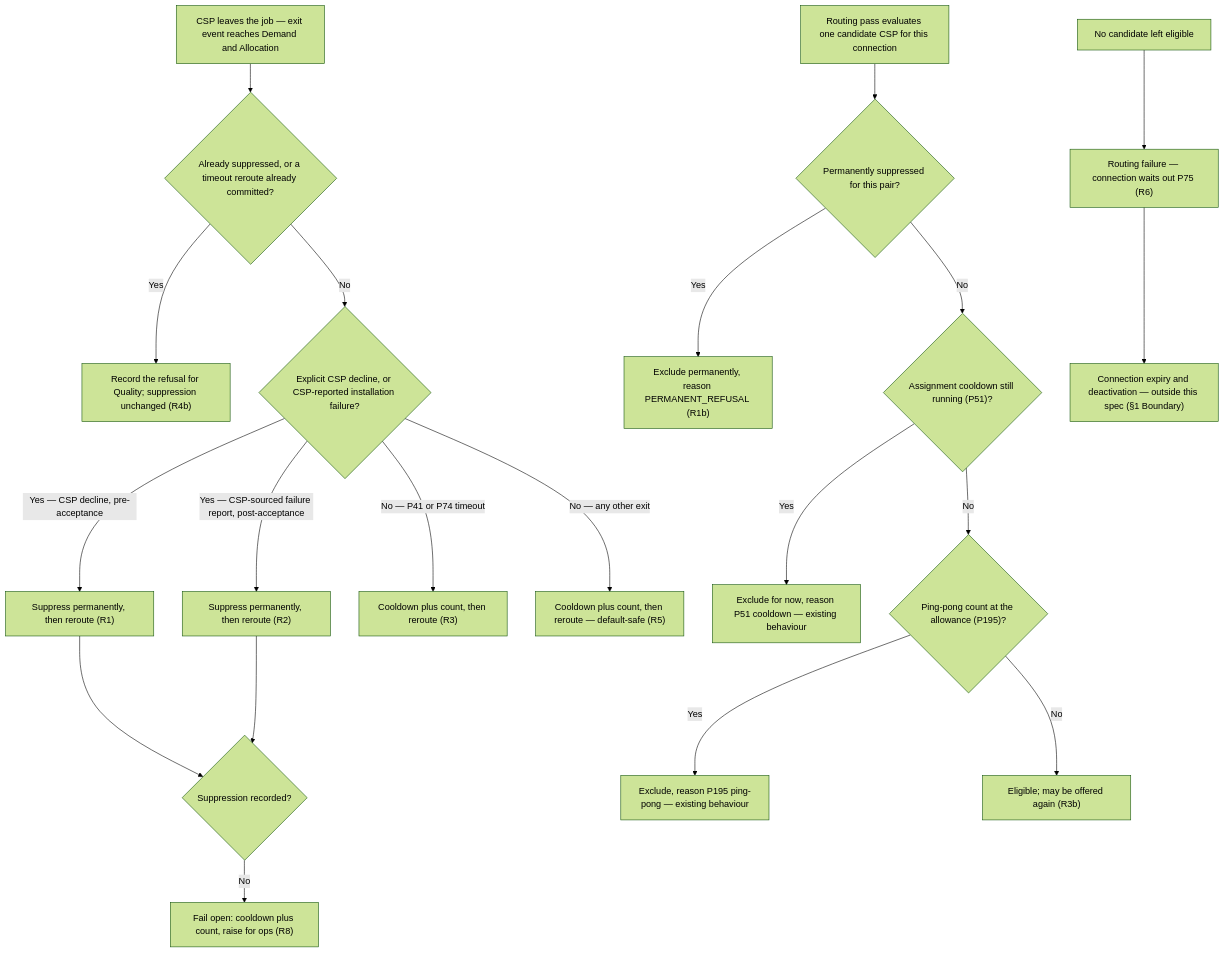
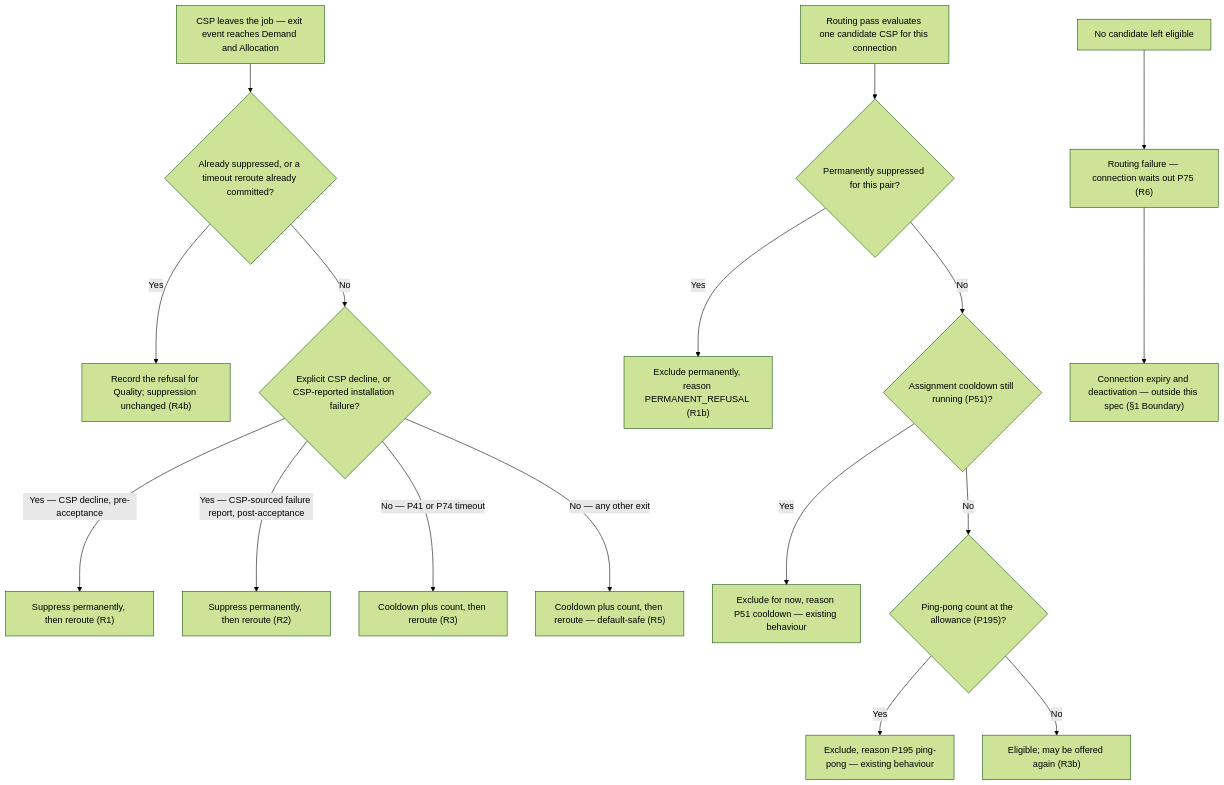
Before and after one commit to ashish-raj-wiom/decline-retrigger-spec: the diagram in Decline_Retrigger_Suppression_PRD.md, drawn with Mermaid (forest theme). The commit also changed other lines of this file and 1 other file, not shown here.

````diff
--- a/Decline_Retrigger_Suppression_PRD.md
+++ b/Decline_Retrigger_Suppression_PRD.md
@@ -92,24 +91,21 @@
 ```mermaid
 flowchart TD
     A["CSP leaves the job — exit event reaches Demand and Allocation"] --> A2{"Already suppressed, or a timeout reroute already committed?"}
     A2 -- "Yes" --> A3["Record the refusal for Quality; suppression unchanged (R4b)"]
     A2 -- "No" --> B{"Explicit CSP decline, or CSP-reported installation failure?"}
     B -- "Yes — CSP decline, pre-acceptance" --> C["Suppress permanently, then reroute (R1)"]
     B -- "Yes — CSP-sourced failure report, post-acceptance" --> D["Suppress permanently, then reroute (R2)"]
     B -- "No — P41 or P74 timeout" --> E["Cooldown plus count, then reroute (R3)"]
     B -- "No — any other exit" --> F["Cooldown plus count, then reroute — default-safe (R5)"]
-    C --> C2{"Suppression recorded?"}
-    D --> C2
-    C2 -- "No" --> C3["Fail open: cooldown plus count, raise for ops (R8)"]
 
     G["Routing pass evaluates one candidate CSP for this connection"] --> H{"Permanently suppressed for this pair?"}
     H -- "Yes" --> I["Exclude permanently, reason PERMANENT_REFUSAL (R1b)"]
     H -- "No" --> J{"Assignment cooldown still running (P51)?"}
     J -- "Yes" --> K["Exclude for now, reason P51 cooldown — existing behaviour"]
     J -- "No" --> L{"Ping-pong count at the allowance (P195)?"}
     L -- "Yes" --> M["Exclude, reason P195 ping-pong — existing behaviour"]
     L -- "No" --> N["Eligible; may be offered again (R3b)"]
 
     O["No candidate left eligible"] --> P["Routing failure — connection waits out P75 (R6)"]
     P --> Q["Connection expiry and deactivation — outside this spec (§1 Boundary)"]
 ```
````
